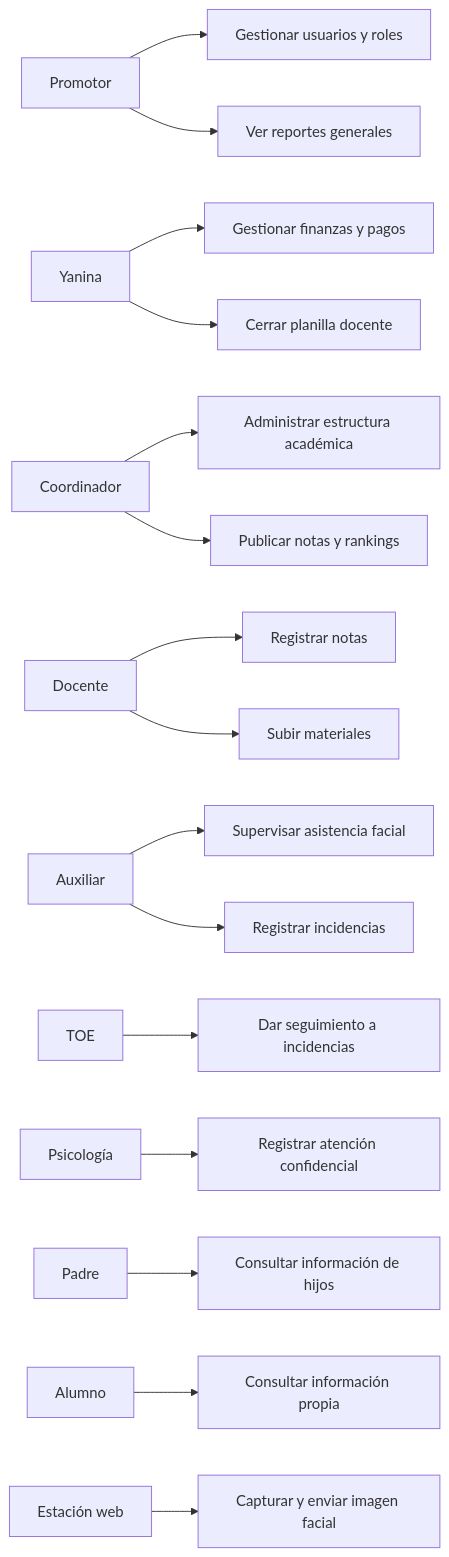
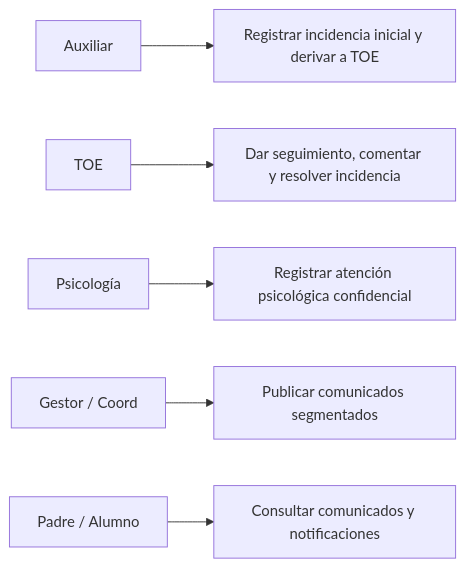
Before and after one commit to UPTWEB/proy-web-cienciasnet-cienciasnet: the ninth of 17 diagrams in docs/fds/FD03-EPIS-Informe Especificación Requerimientos.md, drawn with Mermaid. The commit also changed other lines of this file, not shown here.

````diff
--- a/docs/fds/FD03-EPIS-Informe Especificación Requerimientos.md
+++ b/docs/fds/FD03-EPIS-Informe Especificación Requerimientos.md
@@ -332,18 +396,8 @@
 ```mermaid
 flowchart LR
-    PROM[Promotor] --> UC1[Gestionar usuarios y roles]
-    PROM --> UC2[Ver reportes generales]
-    YAN[Yanina] --> UC3[Gestionar finanzas y pagos]
-    YAN --> UC4[Cerrar planilla docente]
-    COORD[Coordinador] --> UC5[Administrar estructura académica]
-    COORD --> UC6[Publicar notas y rankings]
-    DOC[Docente] --> UC7[Registrar notas]
-    DOC --> UC8[Subir materiales]
-    AUX[Auxiliar] --> UC9[Supervisar asistencia facial]
-    AUX --> UC10[Registrar incidencias]
-    TOE[TOE] --> UC11[Dar seguimiento a incidencias]
-    PSIC[Psicología] --> UC12[Registrar atención confidencial]
-    PAD[Padre] --> UC13[Consultar información de hijos]
-    ALU[Alumno] --> UC14[Consultar información propia]
-    EST[Estación web] --> UC15[Capturar y enviar imagen facial]
+    AUX[Auxiliar] --> UC20[Registrar incidencia inicial y derivar a TOE]
+    TOE[TOE] --> UC21[Dar seguimiento, comentar y resolver incidencia]
+    PSIC[Psicología] --> UC22[Registrar atención psicológica confidencial]
+    PROM[Gestor / Coord] --> UC23[Publicar comunicados segmentados]
+    PAD[Padre / Alumno] --> UC24[Consultar comunicados y notificaciones]
 ```
````
